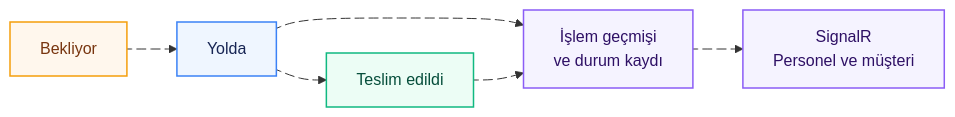
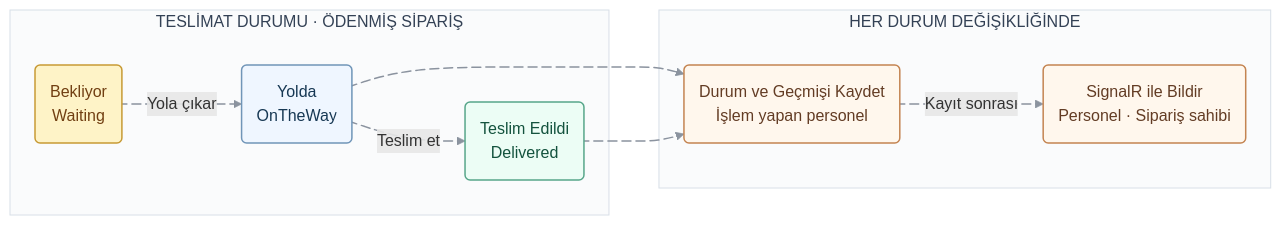
One commit to burakhanulusoy/MyAcademy_Bagery changed the third of 3 diagrams in README.md. Above: the diagram before and after it, drawn with Mermaid. The commit also changed other lines of this file, not shown here.

````diff
--- a/README.md
+++ b/README.md
@@ -286,29 +323,37 @@
 ```mermaid
 flowchart LR
-    A["Bekliyor"]
-    B["Yolda"]
-    C["Teslim edildi"]
-    D["İşlem geçmişi<br/>ve durum kaydı"]
-    E["SignalR<br/>Personel ve müşteri"]
-    A e1@--> B
-    B e2@--> C
-    B e3@--> D
-    C e4@--> D
-    D e5@--> E
+    subgraph STATUS["TESLİMAT DURUMU · ÖDENMİŞ SİPARİŞ"]
+        A("Bekliyor<br/>Waiting")
+        B("Yolda<br/>OnTheWay")
+        C("Teslim Edildi<br/>Delivered")
+        A e1@-->|"Yola çıkar"| B
+        B e2@-->|"Teslim et"| C
+    end
+    subgraph NOTIFY["HER DURUM DEĞİŞİKLİĞİNDE"]
+        D("Durum ve Geçmişi Kaydet<br/>İşlem yapan personel")
+        E("SignalR ile Bildir<br/>Personel · Sipariş sahibi")
+        D e5@-->|"Kayıt sonrası"| E
+    end
+    B e3@-.-> D
+    C e4@-.-> D
     class A decision;
-    class B entry;
+    class B data;
     class C success;
-    class D,E process;
+    class D,E action;
+    style STATUS fill:#FAFBFC,stroke:#D8DFE7,color:#334155
+    style NOTIFY fill:#FAFBFC,stroke:#D8DFE7,color:#334155
 
-    classDef entry fill:#EFF6FF,stroke:#3B82F6,color:#172554,stroke-width:1.5px;
-    classDef process fill:#F5F3FF,stroke:#8B5CF6,color:#2E1065,stroke-width:1.5px;
-    classDef success fill:#ECFDF5,stroke:#10B981,color:#064E3B,stroke-width:1.5px;
-    classDef decision fill:#FFF7ED,stroke:#F59E0B,color:#78350F,stroke-width:1.5px;
-    classDef failure fill:#FFF1F2,stroke:#F43F5E,color:#881337,stroke-width:1.5px;
+    classDef entry fill:#F1F5F9,stroke:#64748B,color:#0F172A,stroke-width:1.5px;
+    classDef action fill:#FFF7ED,stroke:#C48451,color:#633C24,stroke-width:1.5px;
+    classDef data fill:#EFF6FF,stroke:#7095B8,color:#173854,stroke-width:1.5px;
+    classDef decision fill:#FEF3C7,stroke:#C79A35,color:#713F12,stroke-width:1.5px;
+    classDef success fill:#ECFDF5,stroke:#57A68A,color:#14533E,stroke-width:1.5px;
+    classDef failure fill:#FFF1F2,stroke:#CD7E89,color:#831843,stroke-width:1.5px;
+    linkStyle default stroke:#8B939F,stroke-width:1.5px;
 
     e1@{ animation: slow }
     e2@{ animation: slow }
     e3@{ animation: slow }
     e4@{ animation: slow }
     e5@{ animation: slow }
 ```
````
